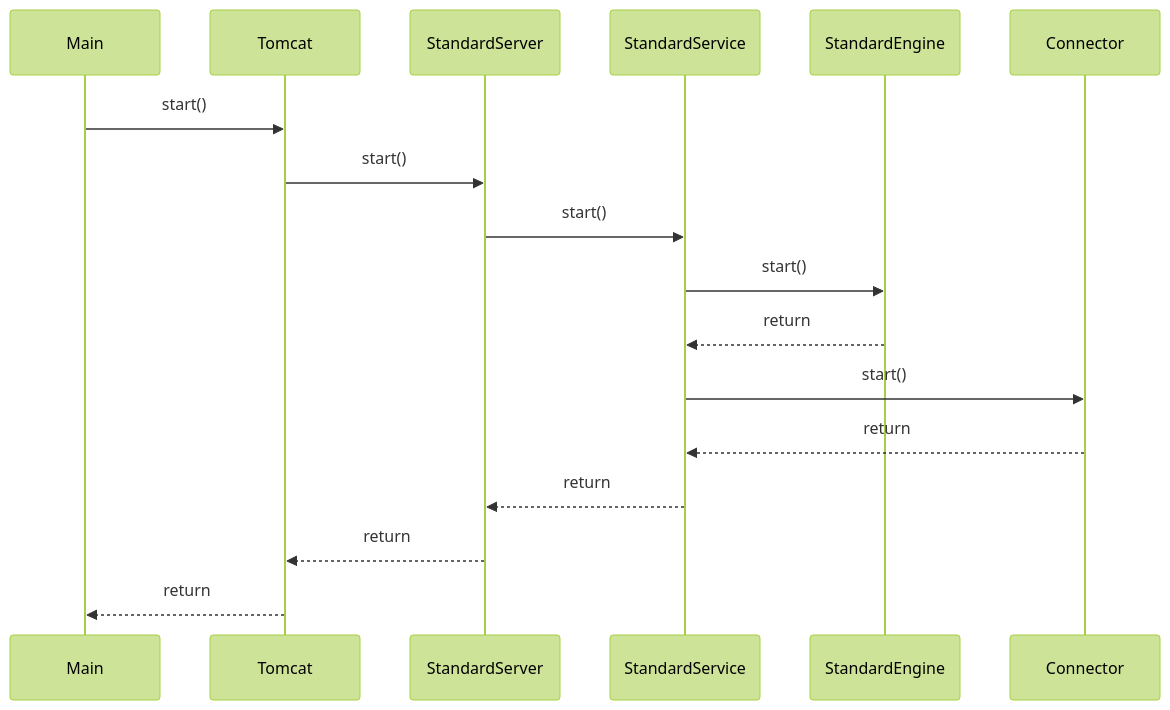
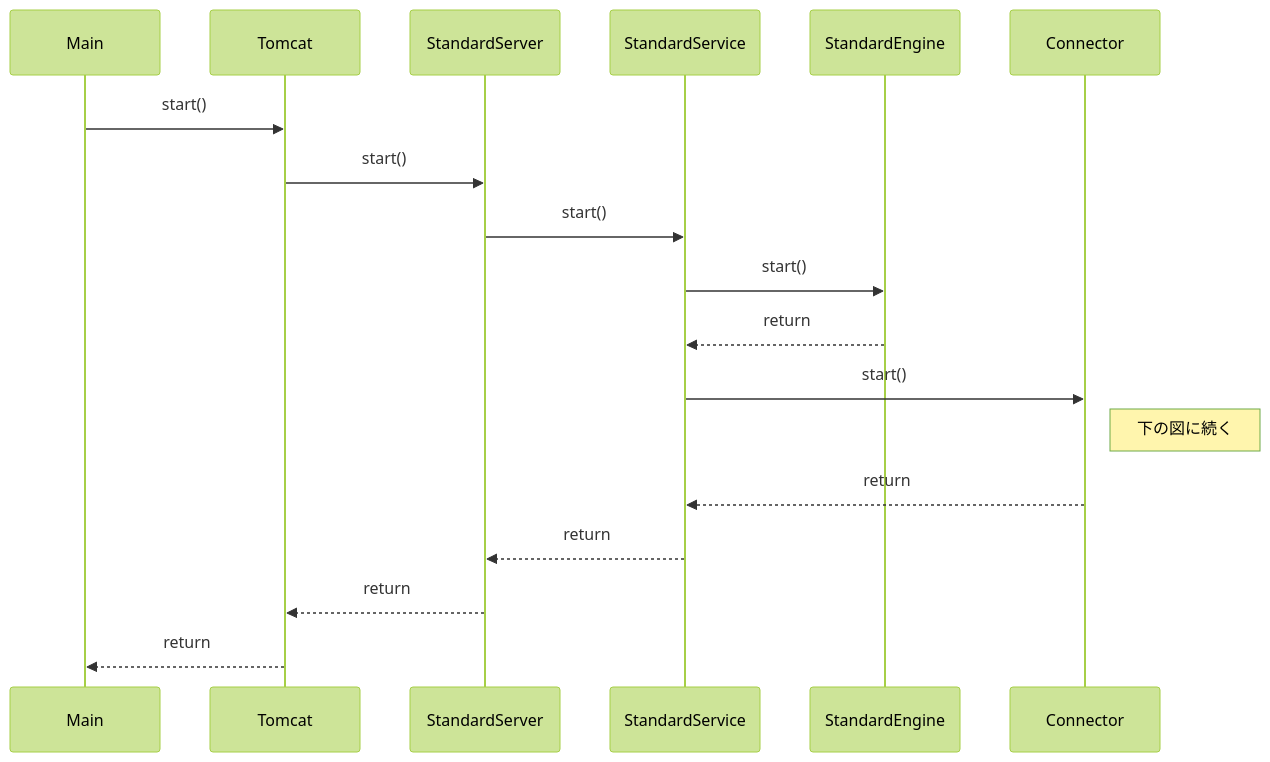
The second of 3 diagrams in README.md (MasatoshiTada/embed-tomcat-sample), drawn with Mermaid (forest theme) before and after one commit.

Commit message:
ノート追加

````diff
--- a/README.md
+++ b/README.md
@@ -52,13 +52,14 @@
 ```mermaid
 sequenceDiagram
     Main ->> Tomcat: start()
     Tomcat ->> StandardServer: start()
     StandardServer ->> StandardService: start()
     StandardService ->> StandardEngine: start()
     StandardEngine -->> StandardService: return
     StandardService ->> Connector: start()
+    Note right of Connector: 下の図に続く
     Connector -->> StandardService: return
     StandardService -->> StandardServer: return
     StandardServer -->> Tomcat: return
     Tomcat -->> Main: return
 ```
````
